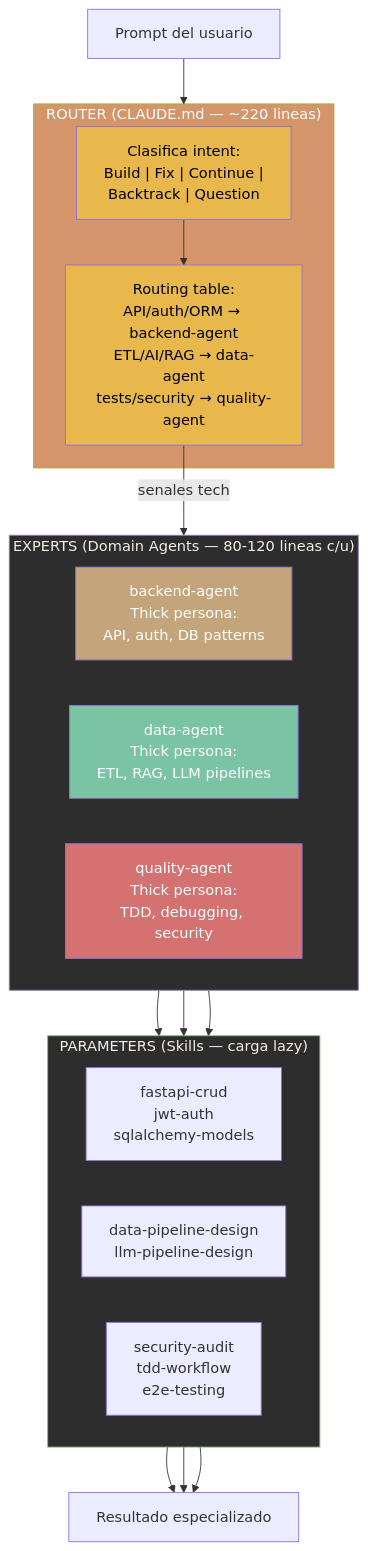
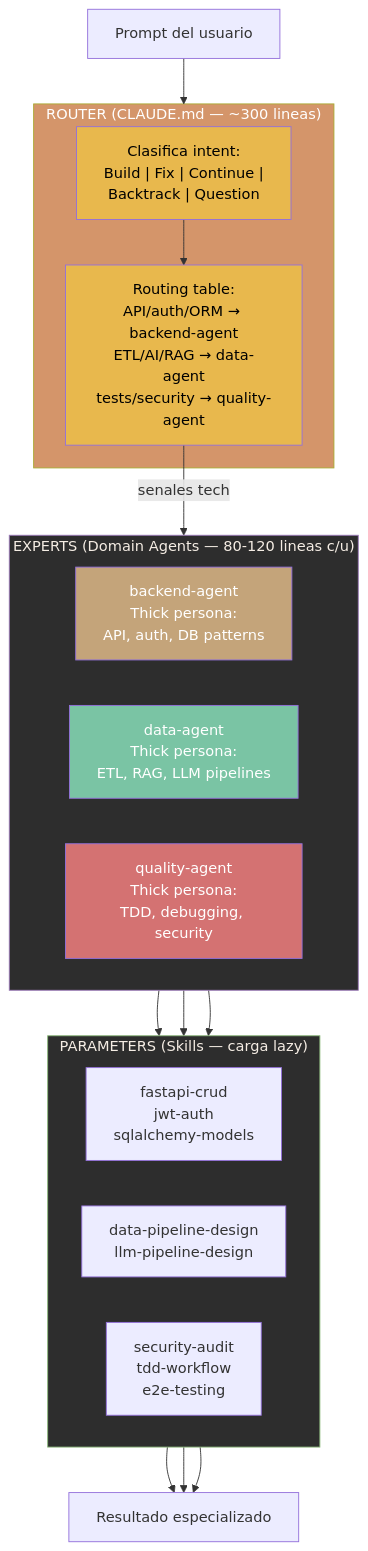
Before and after one commit to jota-batuta/batuta-dots: the second of 31 diagrams in docs/architecture/arquitectura-diagrama.md, drawn with Mermaid. The commit also changed other lines of this file and 19 other files, not shown here.

````diff
--- a/docs/architecture/arquitectura-diagrama.md
+++ b/docs/architecture/arquitectura-diagrama.md
@@ -66,44 +66,44 @@
 ```mermaid
 flowchart TD
     INPUT["Prompt del usuario"]
 
-    subgraph ROUTER["ROUTER (CLAUDE.md — ~220 lineas)"]
+    subgraph ROUTER["ROUTER (CLAUDE.md — ~300 lineas)"]
         CLASSIFY["Clasifica intent:<br/>Build | Fix | Continue |<br/>Backtrack | Question"]
         ROUTE["Routing table:<br/>API/auth/ORM → backend-agent<br/>ETL/AI/RAG → data-agent<br/>tests/security → quality-agent"]
     end
 
     subgraph EXPERTS["EXPERTS (Domain Agents — 80-120 lineas c/u)"]
         direction LR
         BACKEND_E["backend-agent<br/>Thick persona:<br/>API, auth, DB patterns"]
         DATA_E["data-agent<br/>Thick persona:<br/>ETL, RAG, LLM pipelines"]
         QUALITY_E["quality-agent<br/>Thick persona:<br/>TDD, debugging, security"]
     end
 
     subgraph PARAMETERS["PARAMETERS (Skills — carga lazy)"]
         direction LR
         SK1["fastapi-crud<br/>jwt-auth<br/>sqlalchemy-models"]
         SK2["data-pipeline-design<br/>llm-pipeline-design"]
         SK3["security-audit<br/>tdd-workflow<br/>e2e-testing"]
     end
 
     OUTPUT["Resultado especializado"]
 
     INPUT --> ROUTER
     CLASSIFY --> ROUTE
     ROUTE -->|"senales tech"| EXPERTS
     BACKEND_E --> SK1
     DATA_E --> SK2
     QUALITY_E --> SK3
     SK1 --> OUTPUT
     SK2 --> OUTPUT
     SK3 --> OUTPUT
 
     style ROUTER fill:#D4956A,color:#fff
     style EXPERTS fill:#2d2d2d,stroke:#9B7AB8,color:#F5EDE4
     style PARAMETERS fill:#2d2d2d,stroke:#8BB87A,color:#F5EDE4
     style CLASSIFY fill:#E8B84D,color:#000
     style ROUTE fill:#E8B84D,color:#000
     style BACKEND_E fill:#C4A47A,color:#fff
     style DATA_E fill:#7AC4A4,color:#fff
     style QUALITY_E fill:#D47272,color:#fff
 ```
````
